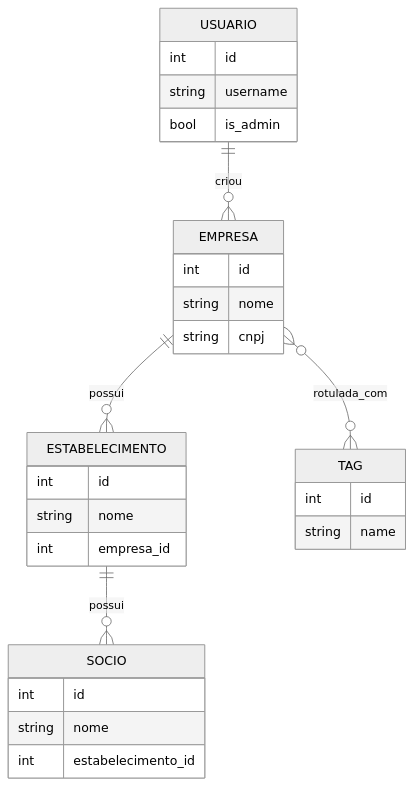
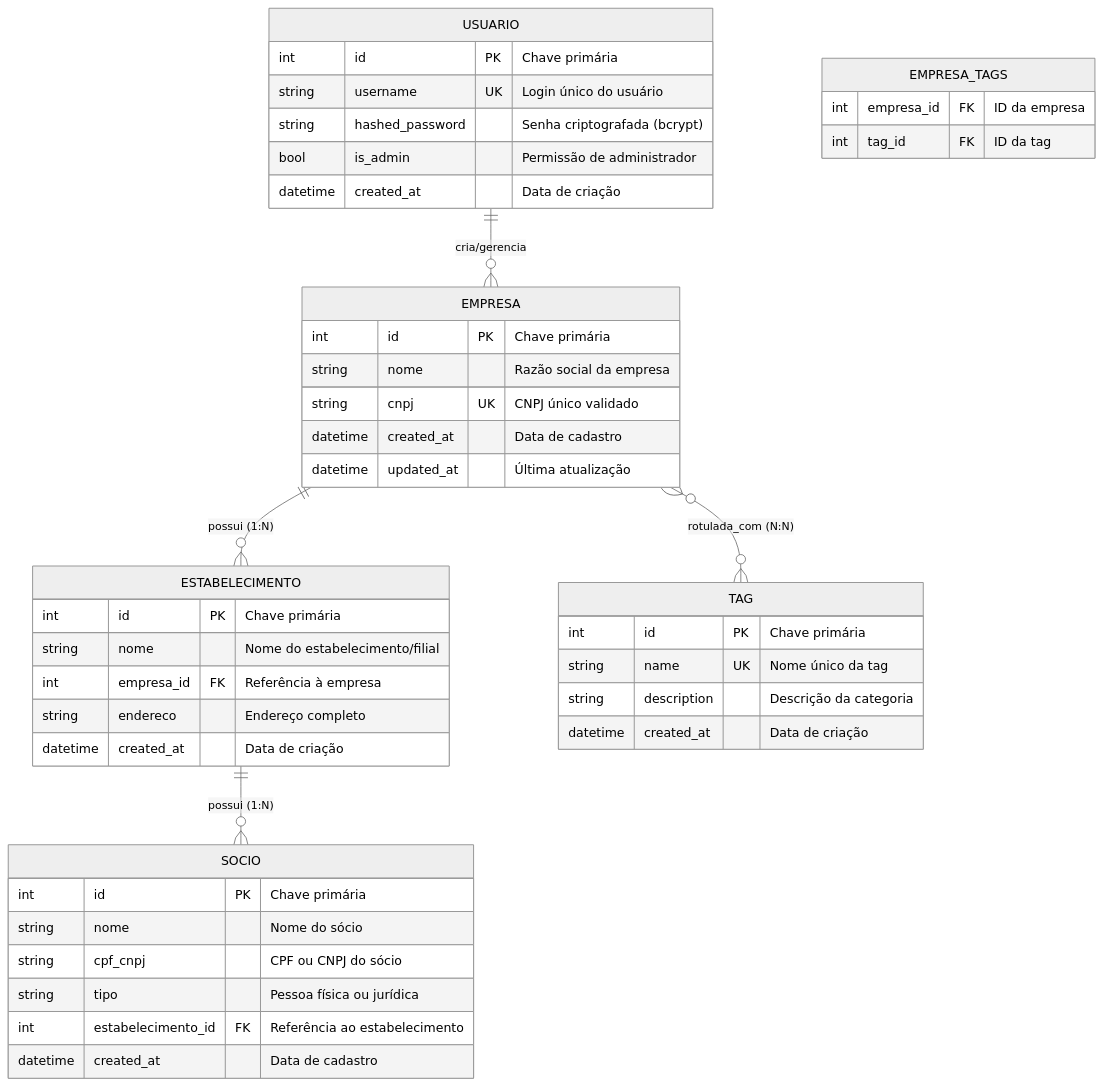
The diagram in README.md (elielguedes/api_cadastro_cnpj), drawn with Mermaid (neutral theme) before and after one commit. The commit also changed other lines of this file and 24 other files, not shown here.

````diff
--- a/README.md
+++ b/README.md
@@ -75,36 +160,57 @@
 ```mermaid
 erDiagram
-    USUARIO ||--o{ EMPRESA : criou
-    EMPRESA ||--o{ ESTABELECIMENTO : possui
-    ESTABELECIMENTO ||--o{ SOCIO : possui
-    EMPRESA }o--o{ TAG : rotulada_com
+    %% === ENTIDADES PRINCIPAIS ===
+    
+    USUARIO ||--o{ EMPRESA : "cria/gerencia"
+    EMPRESA ||--o{ ESTABELECIMENTO : "possui (1:N)"
+    ESTABELECIMENTO ||--o{ SOCIO : "possui (1:N)"  
+    EMPRESA }o--o{ TAG : "rotulada_com (N:N)"
 
+    %% === DEFINIÇÃO DAS TABELAS ===
+    
     USUARIO {
-        int id
-        string username
-        bool is_admin
+        int id PK "Chave primária"
+        string username UK "Login único do usuário"
+        string hashed_password "Senha criptografada (bcrypt)"
+        bool is_admin "Permissão de administrador"
+        datetime created_at "Data de criação"
     }
 
     EMPRESA {
-        int id
-        string nome
-        string cnpj
+        int id PK "Chave primária"
+        string nome "Razão social da empresa"
+        string cnpj UK "CNPJ único validado"
+        datetime created_at "Data de cadastro"
+        datetime updated_at "Última atualização"
     }
 
     ESTABELECIMENTO {
-        int id
-        string nome
-        int empresa_id
+        int id PK "Chave primária"
+        string nome "Nome do estabelecimento/filial"
+        int empresa_id FK "Referência à empresa"
+        string endereco "Endereço completo"
+        datetime created_at "Data de criação"
     }
 
     SOCIO {
-        int id
-        string nome
-        int estabelecimento_id
+        int id PK "Chave primária"
+        string nome "Nome do sócio"
+        string cpf_cnpj "CPF ou CNPJ do sócio"
+        string tipo "Pessoa física ou jurídica"
+        int estabelecimento_id FK "Referência ao estabelecimento"
+        datetime created_at "Data de cadastro"
     }
 
     TAG {
-        int id
-        string name
+        int id PK "Chave primária"
+        string name UK "Nome único da tag"
+        string description "Descrição da categoria"
+        datetime created_at "Data de criação"
+    }
+    
+    %% === TABELA DE ASSOCIAÇÃO N:N ===
+    EMPRESA_TAGS {
+        int empresa_id FK "ID da empresa"
+        int tag_id FK "ID da tag"
     }
 ```
````
